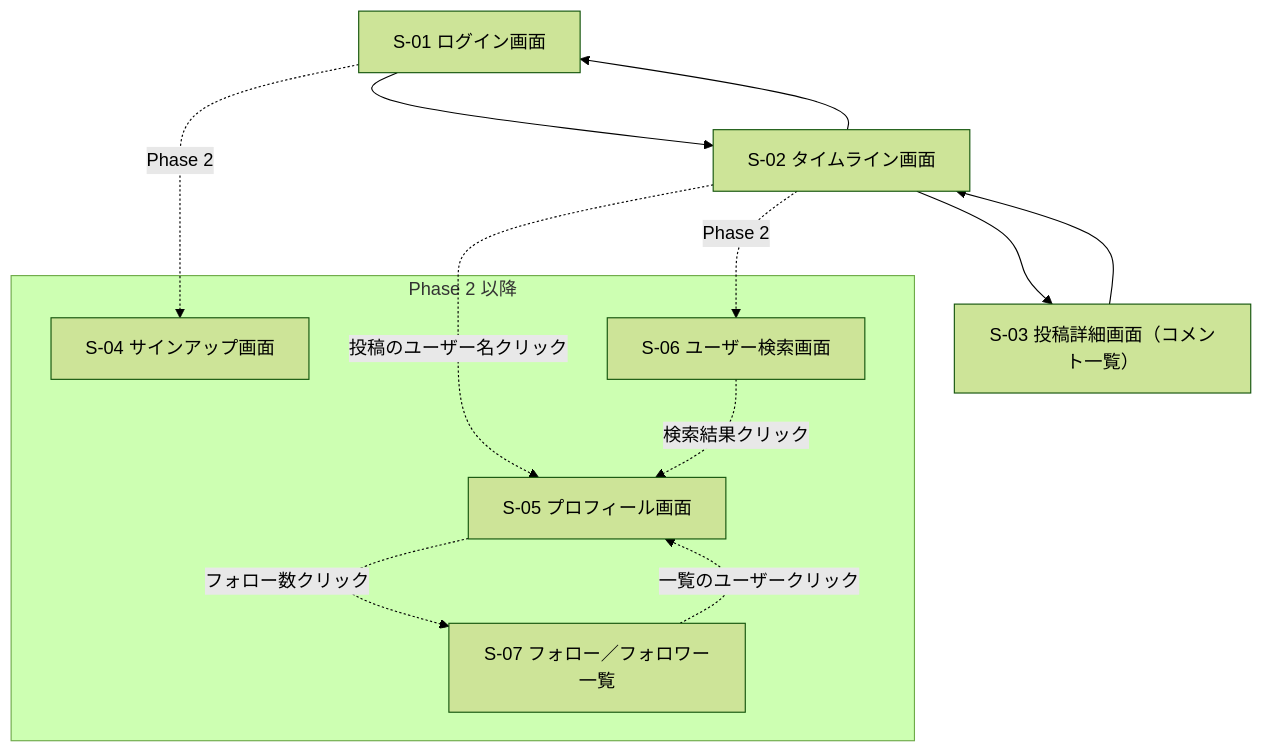
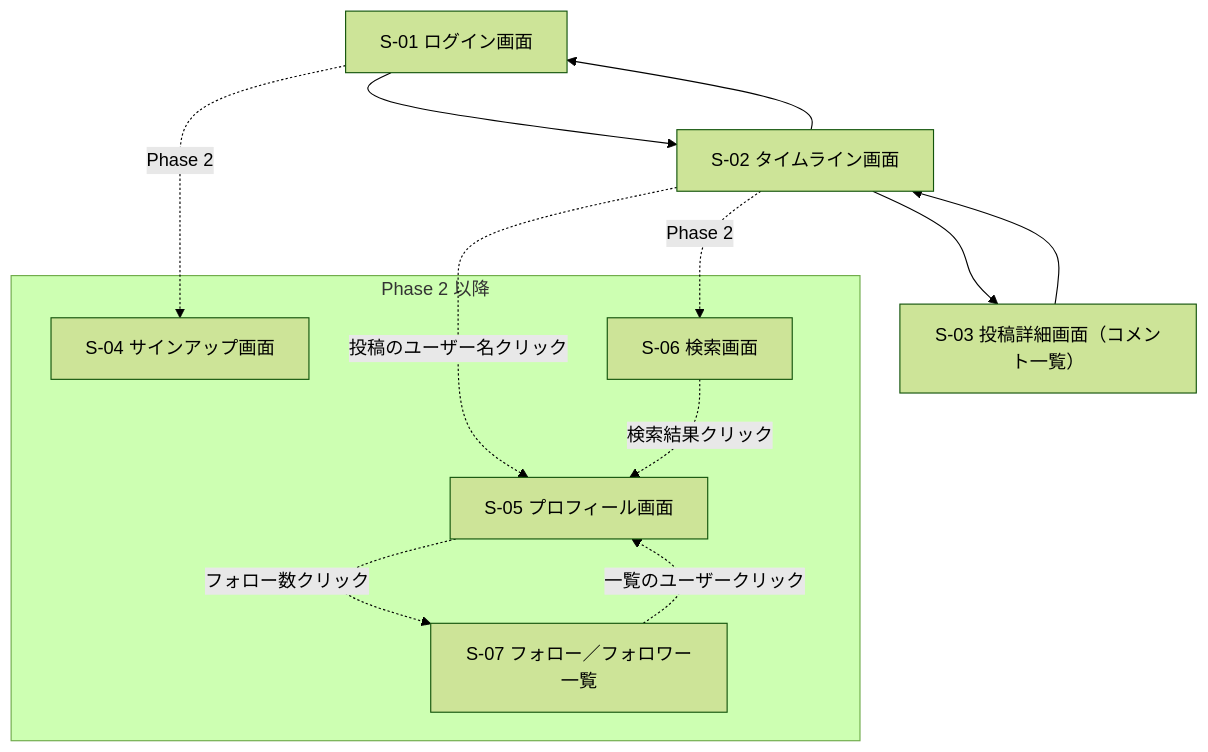
Before and after one commit to yusu31/RaiseTimeLine: the first of 2 diagrams in docs/screen-design.md, drawn with Mermaid (forest theme). The commit also changed other lines of this file and 18 other files, not shown here.

````diff
--- a/docs/screen-design.md
+++ b/docs/screen-design.md
@@ -54,19 +54,19 @@
 ```mermaid
 graph TD
     A[S-01 ログイン画面] --> B[S-02 タイムライン画面]
     B --> C[S-03 投稿詳細画面（コメント一覧）]
     C --> B
     B --> A
     subgraph Phase 2 以降
         D[S-04 サインアップ画面]
         E[S-05 プロフィール画面]
-        F[S-06 ユーザー検索画面]
+        F[S-06 検索画面]
         G[S-07 フォロー／フォロワー一覧]
     end
     A -.Phase 2.-> D
     B -.投稿のユーザー名クリック.-> E
     B -.Phase 2.-> F
     F -.検索結果クリック.-> E
     E -.フォロー数クリック.-> G
     G -.一覧のユーザークリック.-> E
 ```
````
